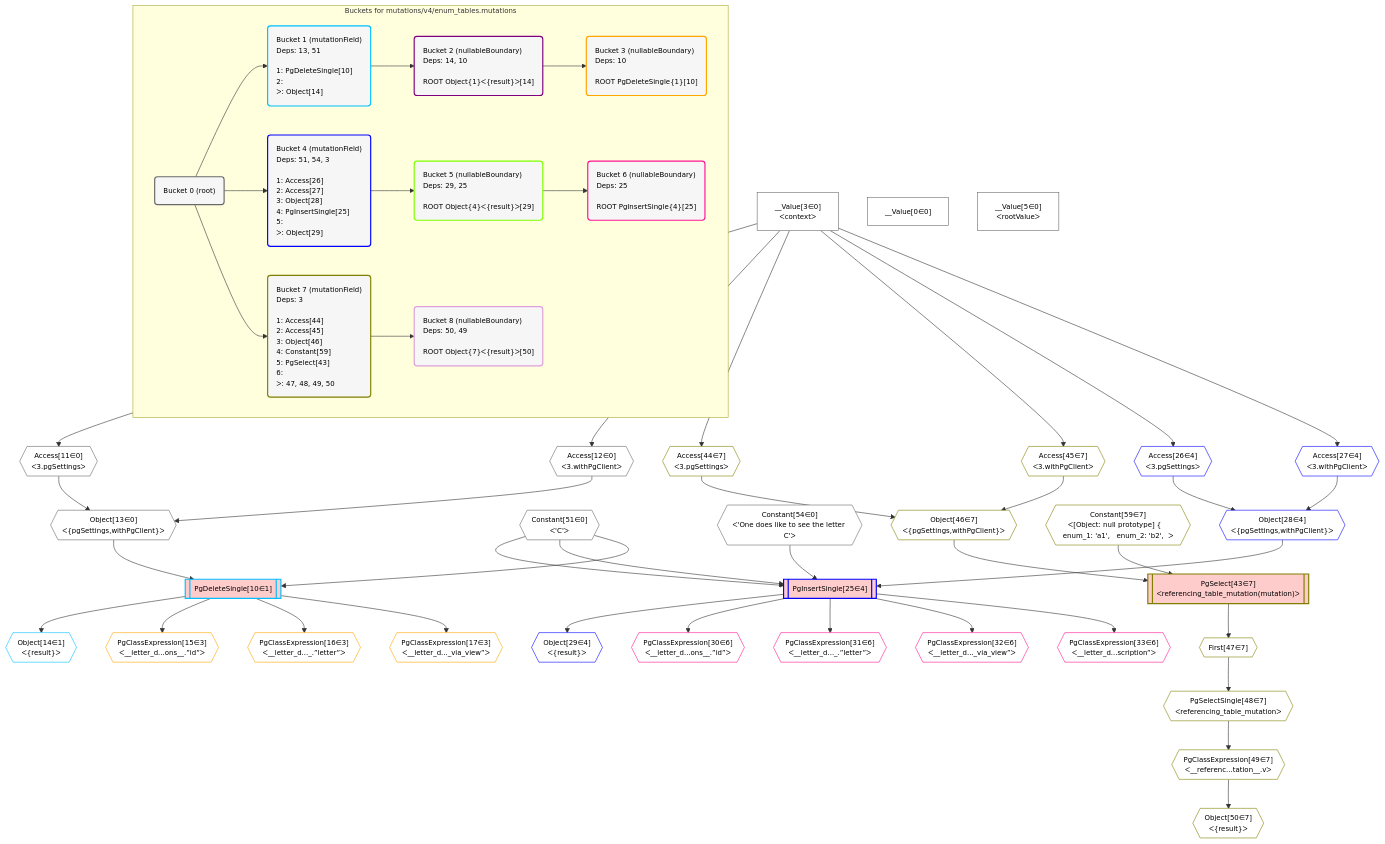
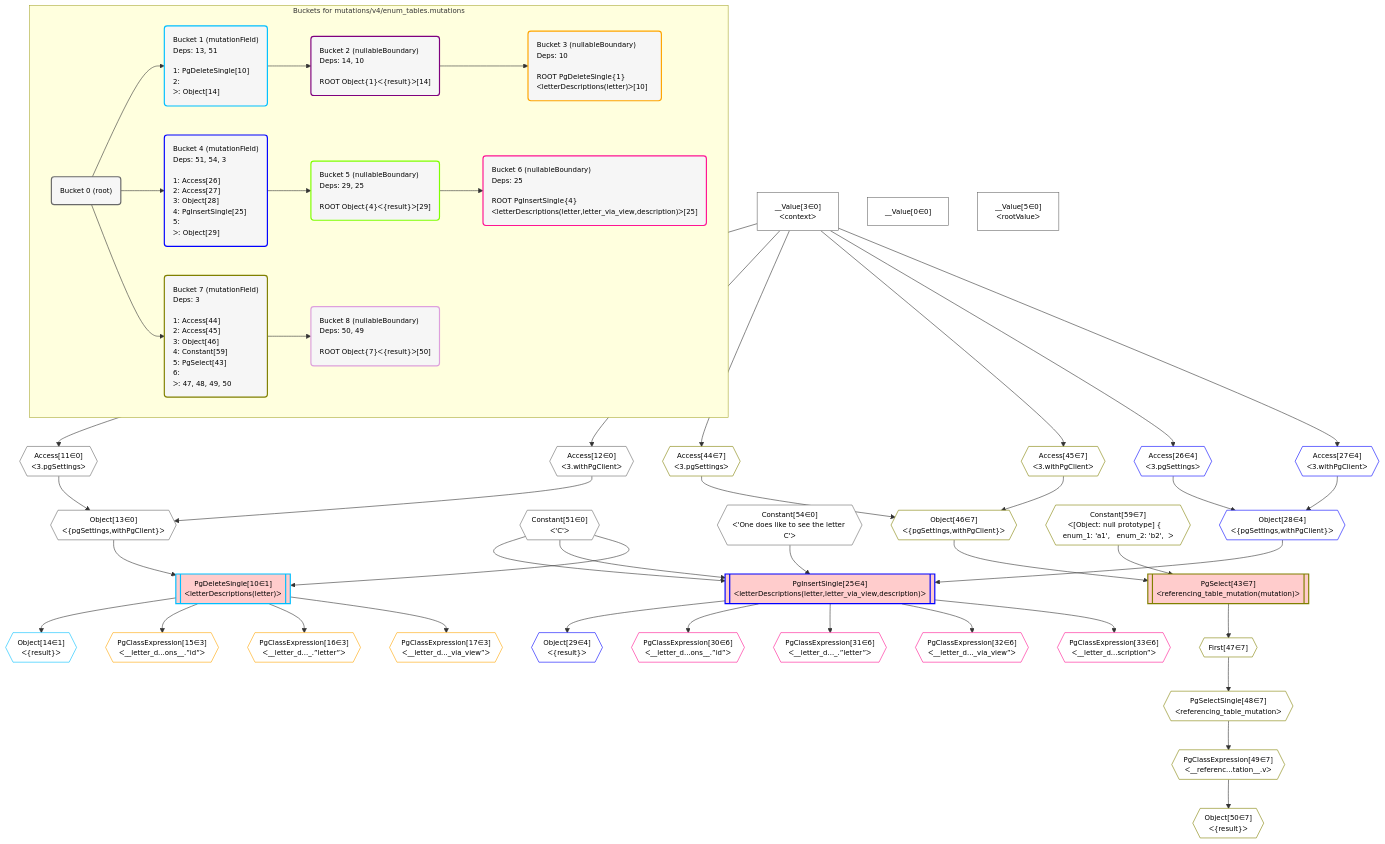
Before and after one commit to graphile/crystal: the diagram in postgraphile/postgraphile/__tests__/mutations/v4/enum_tables.mutations.mermaid, drawn with Mermaid. The commit also changed 38 other files, not shown here.

```diff
--- a/postgraphile/postgraphile/__tests__/mutations/v4/enum_tables.mutations.mermaid
+++ b/postgraphile/postgraphile/__tests__/mutations/v4/enum_tables.mutations.mermaid
@@ -1,105 +1,105 @@
 %%{init: {'themeVariables': { 'fontSize': '12px'}}}%%
 graph TD
     classDef path fill:#eee,stroke:#000,color:#000
     classDef plan fill:#fff,stroke-width:1px,color:#000
     classDef itemplan fill:#fff,stroke-width:2px,color:#000
     classDef unbatchedplan fill:#dff,stroke-width:1px,color:#000
     classDef sideeffectplan fill:#fcc,stroke-width:2px,color:#000
     classDef bucket fill:#f6f6f6,color:#000,stroke-width:2px,text-align:left
 
 
     %% plan dependencies
     Object13{{"Object[13∈0]<br />ᐸ{pgSettings,withPgClient}ᐳ"}}:::plan
     Access11{{"Access[11∈0]<br />ᐸ3.pgSettingsᐳ"}}:::plan
     Access12{{"Access[12∈0]<br />ᐸ3.withPgClientᐳ"}}:::plan
     Access11 & Access12 --> Object13
     __Value3["__Value[3∈0]<br />ᐸcontextᐳ"]:::plan
     __Value3 --> Access11
     __Value3 --> Access12
     __Value0["__Value[0∈0]"]:::plan
     __Value5["__Value[5∈0]<br />ᐸrootValueᐳ"]:::plan
     Constant51{{"Constant[51∈0]<br />ᐸ'C'ᐳ"}}:::plan
     Constant54{{"Constant[54∈0]<br />ᐸ'One does like to see the letter C'ᐳ"}}:::plan
     Object46{{"Object[46∈7]<br />ᐸ{pgSettings,withPgClient}ᐳ"}}:::plan
     Access44{{"Access[44∈7]<br />ᐸ3.pgSettingsᐳ"}}:::plan
     Access45{{"Access[45∈7]<br />ᐸ3.withPgClientᐳ"}}:::plan
     Access44 & Access45 --> Object46
     PgSelect43[["PgSelect[43∈7]<br />ᐸreferencing_table_mutation(mutation)ᐳ"]]:::sideeffectplan
     Constant59{{"Constant[59∈7]<br />ᐸ[Object: null prototype] {   enum_1: 'a1',   enum_2: 'b2',  ᐳ"}}:::plan
     Object46 & Constant59 --> PgSelect43
     __Value3 --> Access44
     __Value3 --> Access45
     First47{{"First[47∈7]"}}:::plan
     PgSelect43 --> First47
     PgSelectSingle48{{"PgSelectSingle[48∈7]<br />ᐸreferencing_table_mutationᐳ"}}:::plan
     First47 --> PgSelectSingle48
     PgClassExpression49{{"PgClassExpression[49∈7]<br />ᐸ__referenc...tation__.vᐳ"}}:::plan
     PgSelectSingle48 --> PgClassExpression49
     Object50{{"Object[50∈7]<br />ᐸ{result}ᐳ"}}:::plan
     PgClassExpression49 --> Object50
-    PgInsertSingle25[["PgInsertSingle[25∈4]"]]:::sideeffectplan
+    PgInsertSingle25[["PgInsertSingle[25∈4]<br />ᐸletterDescriptions(letter,letter_via_view,description)ᐳ"]]:::sideeffectplan
     Object28{{"Object[28∈4]<br />ᐸ{pgSettings,withPgClient}ᐳ"}}:::plan
     Object28 & Constant51 & Constant51 & Constant54 --> PgInsertSingle25
     Access26{{"Access[26∈4]<br />ᐸ3.pgSettingsᐳ"}}:::plan
     Access27{{"Access[27∈4]<br />ᐸ3.withPgClientᐳ"}}:::plan
     Access26 & Access27 --> Object28
     __Value3 --> Access26
     __Value3 --> Access27
     Object29{{"Object[29∈4]<br />ᐸ{result}ᐳ"}}:::plan
     PgInsertSingle25 --> Object29
-    PgDeleteSingle10[["PgDeleteSingle[10∈1]"]]:::sideeffectplan
+    PgDeleteSingle10[["PgDeleteSingle[10∈1]<br />ᐸletterDescriptions(letter)ᐳ"]]:::sideeffectplan
     Object13 & Constant51 --> PgDeleteSingle10
     Object14{{"Object[14∈1]<br />ᐸ{result}ᐳ"}}:::plan
     PgDeleteSingle10 --> Object14
     PgClassExpression15{{"PgClassExpression[15∈3]<br />ᐸ__letter_d...ons__.”id”ᐳ"}}:::plan
     PgDeleteSingle10 --> PgClassExpression15
     PgClassExpression16{{"PgClassExpression[16∈3]<br />ᐸ__letter_d..._.”letter”ᐳ"}}:::plan
     PgDeleteSingle10 --> PgClassExpression16
     PgClassExpression17{{"PgClassExpression[17∈3]<br />ᐸ__letter_d..._via_view”ᐳ"}}:::plan
     PgDeleteSingle10 --> PgClassExpression17
     PgClassExpression30{{"PgClassExpression[30∈6]<br />ᐸ__letter_d...ons__.”id”ᐳ"}}:::plan
     PgInsertSingle25 --> PgClassExpression30
     PgClassExpression31{{"PgClassExpression[31∈6]<br />ᐸ__letter_d..._.”letter”ᐳ"}}:::plan
     PgInsertSingle25 --> PgClassExpression31
     PgClassExpression32{{"PgClassExpression[32∈6]<br />ᐸ__letter_d..._via_view”ᐳ"}}:::plan
     PgInsertSingle25 --> PgClassExpression32
     PgClassExpression33{{"PgClassExpression[33∈6]<br />ᐸ__letter_d...scription”ᐳ"}}:::plan
     PgInsertSingle25 --> PgClassExpression33
 
     %% define steps
 
     subgraph "Buckets for mutations/v4/enum_tables.mutations"
     Bucket0("Bucket 0 (root)"):::bucket
     classDef bucket0 stroke:#696969
     class Bucket0,__Value0,__Value3,__Value5,Access11,Access12,Object13,Constant51,Constant54 bucket0
     Bucket1("Bucket 1 (mutationField)<br />Deps: 13, 51<br /><br />1: PgDeleteSingle[10]<br />2: <br />ᐳ: Object[14]"):::bucket
     classDef bucket1 stroke:#00bfff
     class Bucket1,PgDeleteSingle10,Object14 bucket1
     Bucket2("Bucket 2 (nullableBoundary)<br />Deps: 14, 10<br /><br />ROOT Object{1}ᐸ{result}ᐳ[14]"):::bucket
     classDef bucket2 stroke:#7f007f
     class Bucket2 bucket2
-    Bucket3("Bucket 3 (nullableBoundary)<br />Deps: 10<br /><br />ROOT PgDeleteSingle{1}[10]"):::bucket
+    Bucket3("Bucket 3 (nullableBoundary)<br />Deps: 10<br /><br />ROOT PgDeleteSingle{1}ᐸletterDescriptions(letter)ᐳ[10]"):::bucket
     classDef bucket3 stroke:#ffa500
     class Bucket3,PgClassExpression15,PgClassExpression16,PgClassExpression17 bucket3
     Bucket4("Bucket 4 (mutationField)<br />Deps: 51, 54, 3<br /><br />1: Access[26]<br />2: Access[27]<br />3: Object[28]<br />4: PgInsertSingle[25]<br />5: <br />ᐳ: Object[29]"):::bucket
     classDef bucket4 stroke:#0000ff
     class Bucket4,PgInsertSingle25,Access26,Access27,Object28,Object29 bucket4
     Bucket5("Bucket 5 (nullableBoundary)<br />Deps: 29, 25<br /><br />ROOT Object{4}ᐸ{result}ᐳ[29]"):::bucket
     classDef bucket5 stroke:#7fff00
     class Bucket5 bucket5
-    Bucket6("Bucket 6 (nullableBoundary)<br />Deps: 25<br /><br />ROOT PgInsertSingle{4}[25]"):::bucket
+    Bucket6("Bucket 6 (nullableBoundary)<br />Deps: 25<br /><br />ROOT PgInsertSingle{4}ᐸletterDescriptions(letter,letter_via_view,description)ᐳ[25]"):::bucket
     classDef bucket6 stroke:#ff1493
     class Bucket6,PgClassExpression30,PgClassExpression31,PgClassExpression32,PgClassExpression33 bucket6
     Bucket7("Bucket 7 (mutationField)<br />Deps: 3<br /><br />1: Access[44]<br />2: Access[45]<br />3: Object[46]<br />4: Constant[59]<br />5: PgSelect[43]<br />6: <br />ᐳ: 47, 48, 49, 50"):::bucket
     classDef bucket7 stroke:#808000
     class Bucket7,PgSelect43,Access44,Access45,Object46,First47,PgSelectSingle48,PgClassExpression49,Object50,Constant59 bucket7
     Bucket8("Bucket 8 (nullableBoundary)<br />Deps: 50, 49<br /><br />ROOT Object{7}ᐸ{result}ᐳ[50]"):::bucket
     classDef bucket8 stroke:#dda0dd
     class Bucket8 bucket8
     Bucket0 --> Bucket1 & Bucket4 & Bucket7
     Bucket1 --> Bucket2
     Bucket2 --> Bucket3
     Bucket4 --> Bucket5
     Bucket5 --> Bucket6
     Bucket7 --> Bucket8
     end
```
